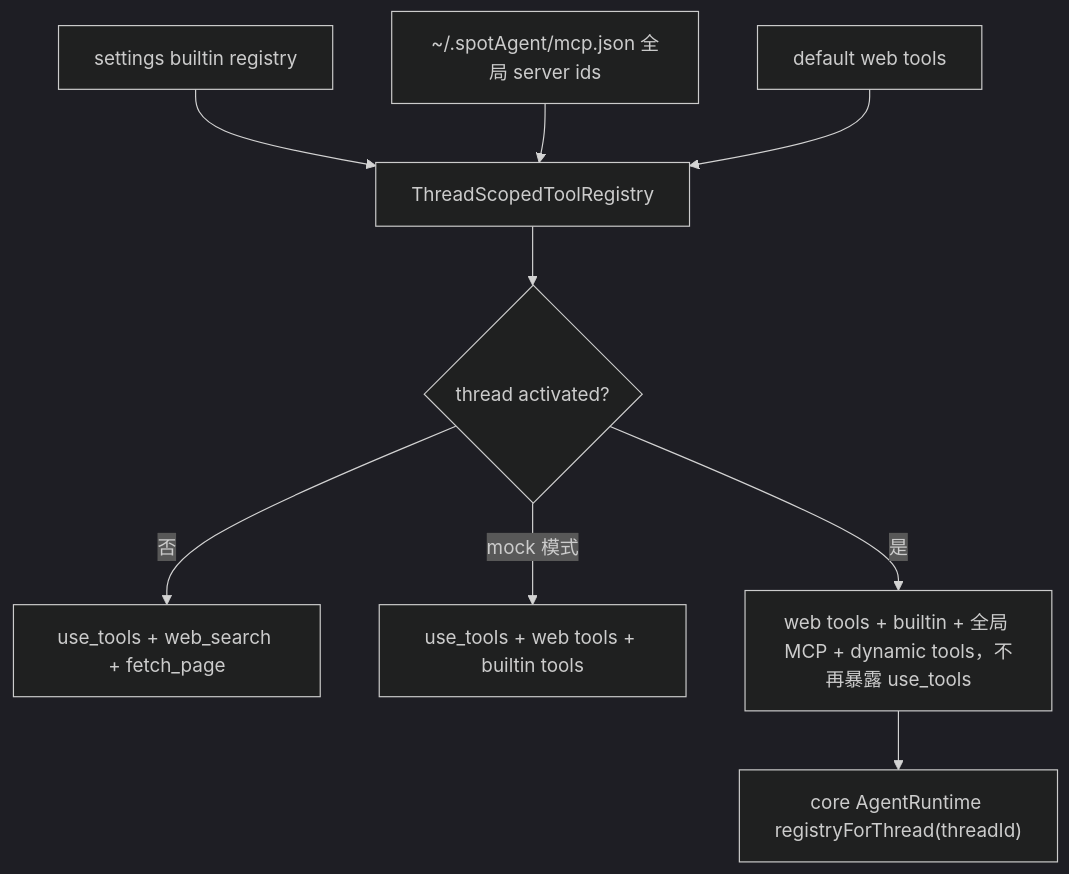
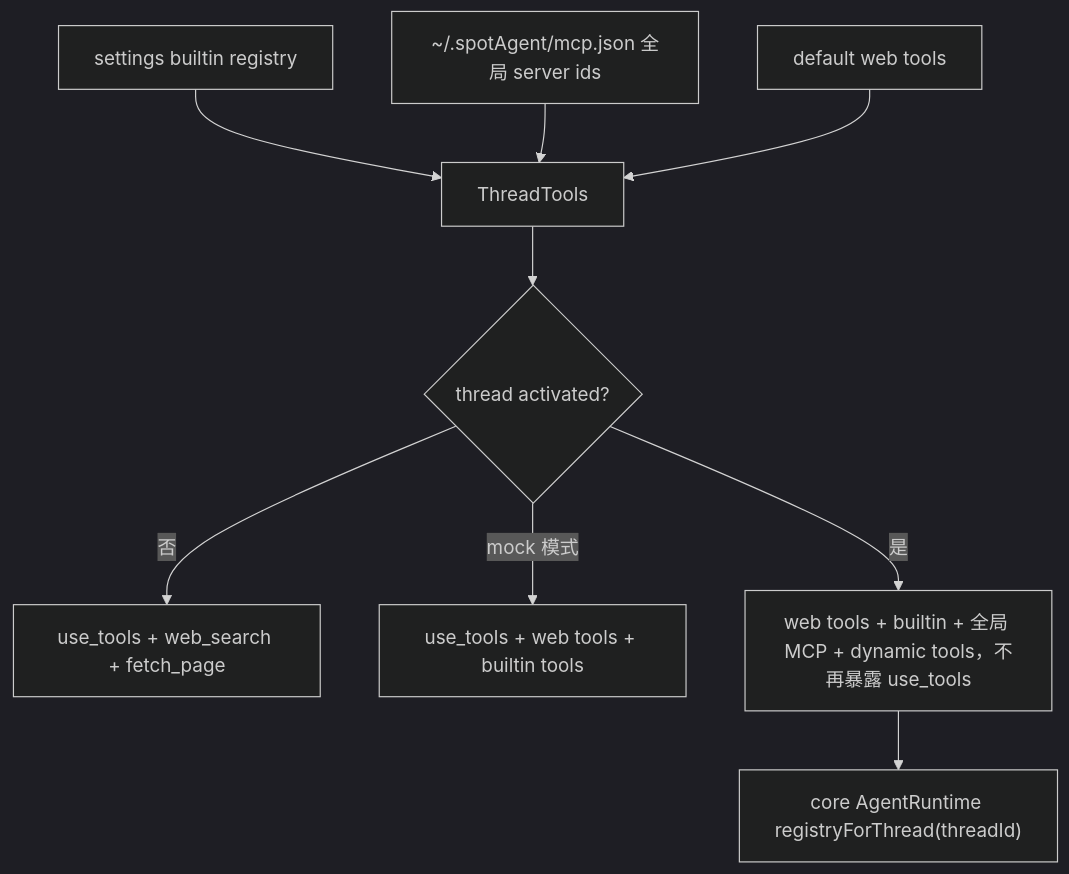
One commit to Lixuhang987/Wisp-Pocket changed the diagram in apps/agent-server/src/actions/actions.md. Above: the diagram before and after it, drawn with Mermaid (dark theme). The commit also changed other lines of this file and 166 other files, not shown here.

Commit message:
refactor: unify thread lifecycle ownership and tool permissions

````diff
--- a/apps/agent-server/src/actions/actions.md
+++ b/apps/agent-server/src/actions/actions.md
@@ -16,11 +16,11 @@
 ```mermaid
 flowchart TD
-  A["settings builtin registry"] --> D["ThreadScopedToolRegistry"]
+  A["settings builtin registry"] --> D["ThreadTools"]
   B["~/.spotAgent/mcp.json 全局 server ids"] --> D
   W["default web tools"] --> D
   D --> E{"thread activated?"}
   E -- "否" --> F["use_tools + web_search + fetch_page"]
   E -- "mock 模式" --> G["use_tools + web tools + builtin tools"]
   E -- "是" --> H["web tools + builtin + 全局 MCP + dynamic tools，不再暴露 use_tools"]
   H --> I["core AgentRuntime registryForThread(threadId)"]
 ```
````
